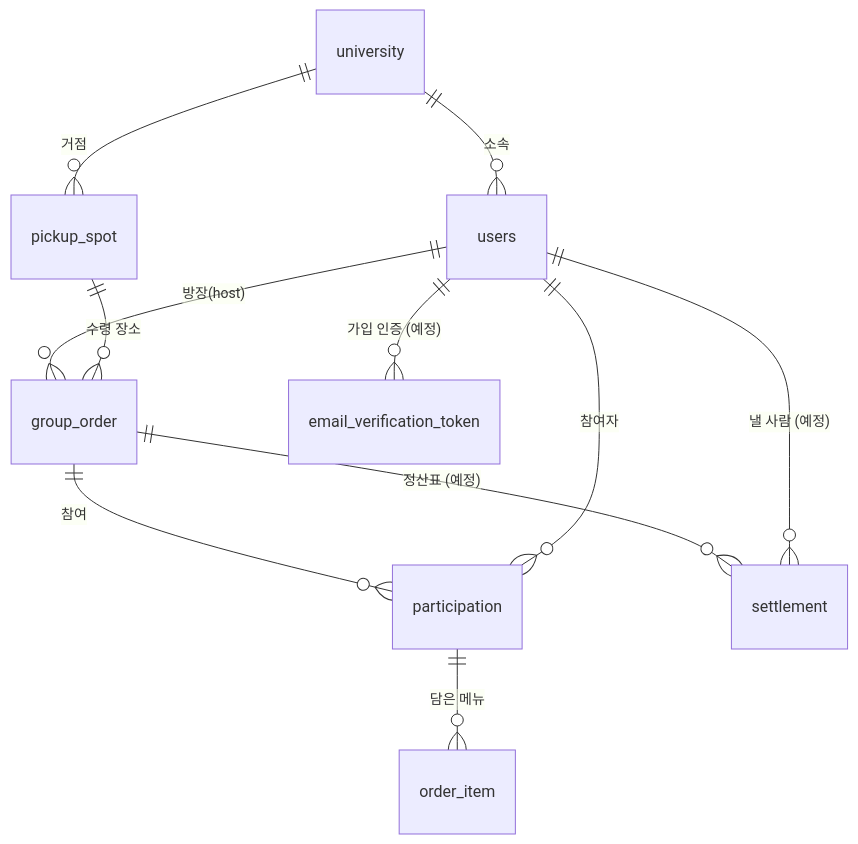
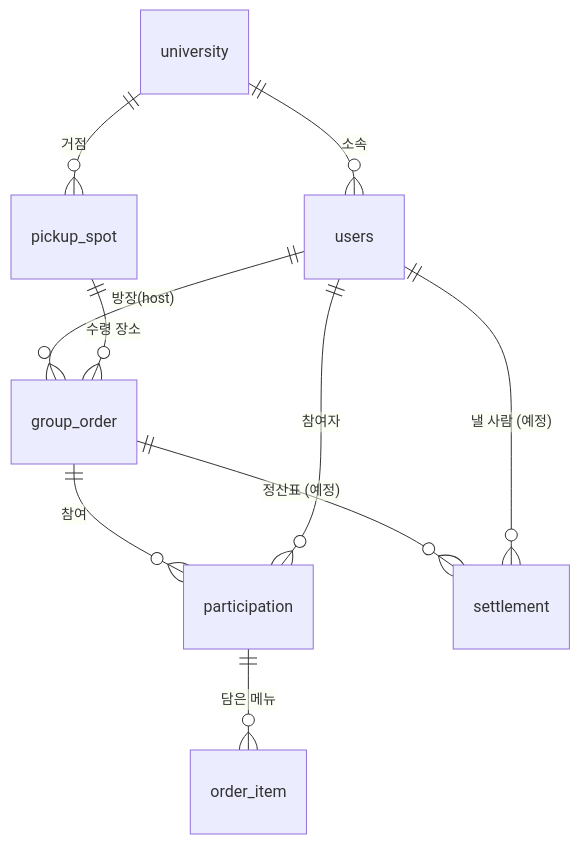
The diagram in DESIGN.md (lovejg/Bandal), drawn with Mermaid before and after one commit. The commit also changed other lines of this file and 23 other files, not shown here.

````diff
--- a/DESIGN.md
+++ b/DESIGN.md
@@ -108,13 +110,12 @@
 ```mermaid
 erDiagram
   university ||--o{ users : "소속"
   university ||--o{ pickup_spot : "거점"
   users ||--o{ group_order : "방장(host)"
   pickup_spot ||--o{ group_order : "수령 장소"
   group_order ||--o{ participation : "참여"
   users ||--o{ participation : "참여자"
   participation ||--o{ order_item : "담은 메뉴"
   group_order ||--o{ settlement : "정산표 (예정)"
   users ||--o{ settlement : "낼 사람 (예정)"
-  users ||--o{ email_verification_token : "가입 인증 (예정)"
 ```
````
